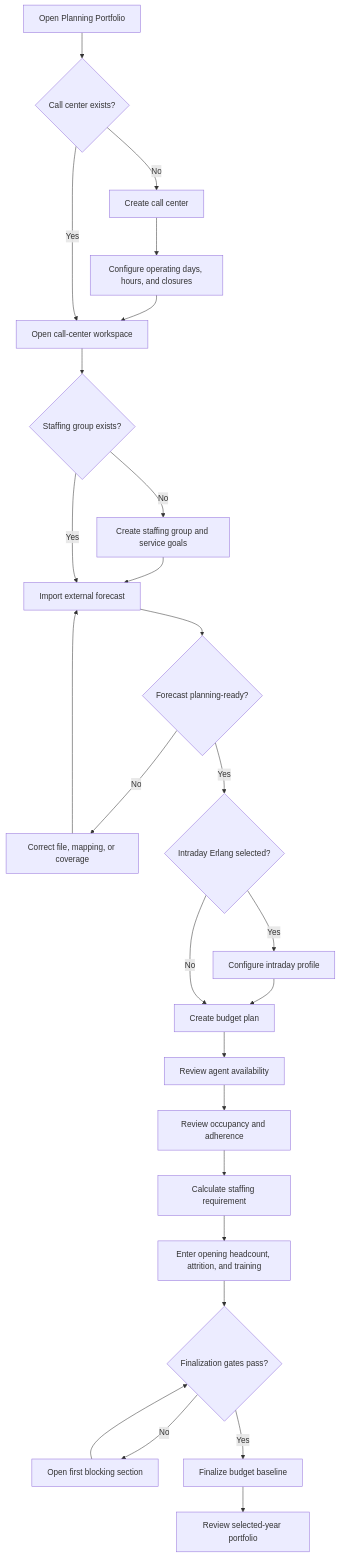
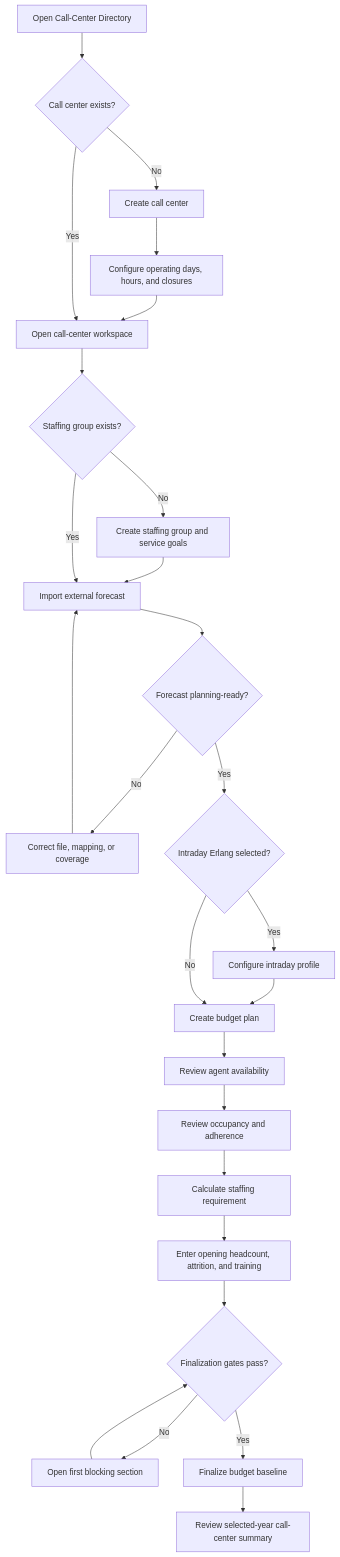
One commit to kanderson1221/wfmtoolkit changed the second of 7 diagrams in specs/design/SCREEN-WORKFLOWS.md. Above: the diagram before and after it, drawn with Mermaid. The commit also changed other lines of this file and 30 other files, not shown here.

Commit message:
Replace portfolio home with call center directory

````diff
--- a/specs/design/SCREEN-WORKFLOWS.md
+++ b/specs/design/SCREEN-WORKFLOWS.md
@@ -131,39 +131,39 @@
 ```mermaid
 flowchart TD
-    Start["Open Planning Portfolio"]
+    Start["Open Call-Center Directory"]
     HasCenter{"Call center exists?"}
     CreateCenter["Create call center"]
     ConfigureCalendar["Configure operating days, hours, and closures"]
     OpenCenter["Open call-center workspace"]
     HasGroup{"Staffing group exists?"}
     CreateGroup["Create staffing group and service goals"]
     ImportForecast["Import external forecast"]
     Ready{"Forecast planning-ready?"}
     CorrectForecast["Correct file, mapping, or coverage"]
     ConfigureIntraday{"Intraday Erlang selected?"}
     BuildProfile["Configure intraday profile"]
     CreatePlan["Create budget plan"]
     ReviewAvailability["Review agent availability"]
     ReviewOverhead["Review occupancy and adherence"]
     CalculateRequirement["Calculate staffing requirement"]
     BuildStaffing["Enter opening headcount, attrition, and training"]
     Complete{"Finalization gates pass?"}
     FixBlocker["Open first blocking section"]
     Finalize["Finalize budget baseline"]
-    ReviewPortfolio["Review selected-year portfolio"]
+    ReviewPortfolio["Review selected-year call-center summary"]
 
     Start --> HasCenter
     HasCenter -- No --> CreateCenter --> ConfigureCalendar --> OpenCenter
     HasCenter -- Yes --> OpenCenter
     OpenCenter --> HasGroup
     HasGroup -- No --> CreateGroup --> ImportForecast
     HasGroup -- Yes --> ImportForecast
     ImportForecast --> Ready
     Ready -- No --> CorrectForecast --> ImportForecast
     Ready -- Yes --> ConfigureIntraday
     ConfigureIntraday -- Yes --> BuildProfile --> CreatePlan
     ConfigureIntraday -- No --> CreatePlan
     CreatePlan --> ReviewAvailability --> ReviewOverhead --> CalculateRequirement --> BuildStaffing --> Complete
     Complete -- No --> FixBlocker --> Complete
     Complete -- Yes --> Finalize --> ReviewPortfolio
 ```
````
